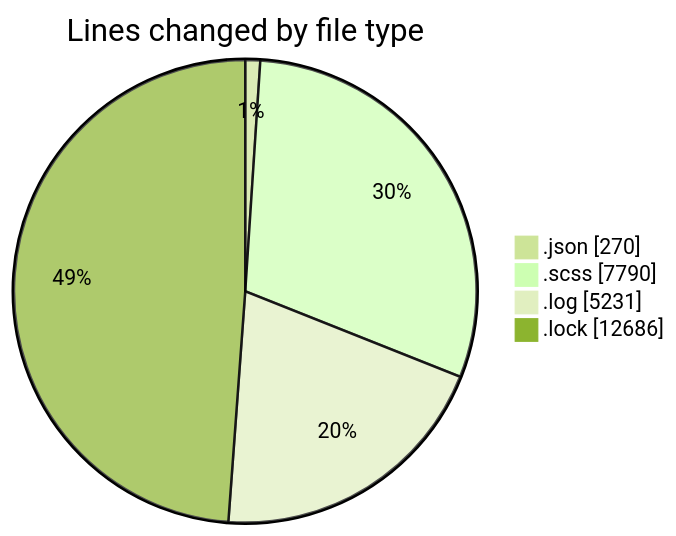
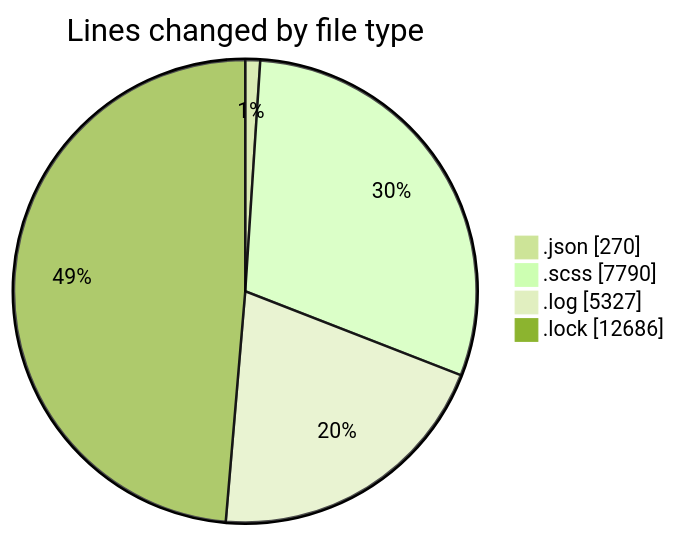
The first of 2 diagrams in 2026-01-22/cda/README.md (momahboobian/code-tracking), drawn with Mermaid (forest theme) before and after one commit. The commit also changed other lines of this file and 1 other file, not shown here.

````diff
--- a/2026-01-22/cda/README.md
+++ b/2026-01-22/cda/README.md
@@ -81,8 +81,8 @@
 ```mermaid
 pie showData
 title Lines changed by file type
 ".json" : 270
 ".scss" : 7790
-".log" : 5231
+".log" : 5327
 ".lock" : 12686
 ```
````
